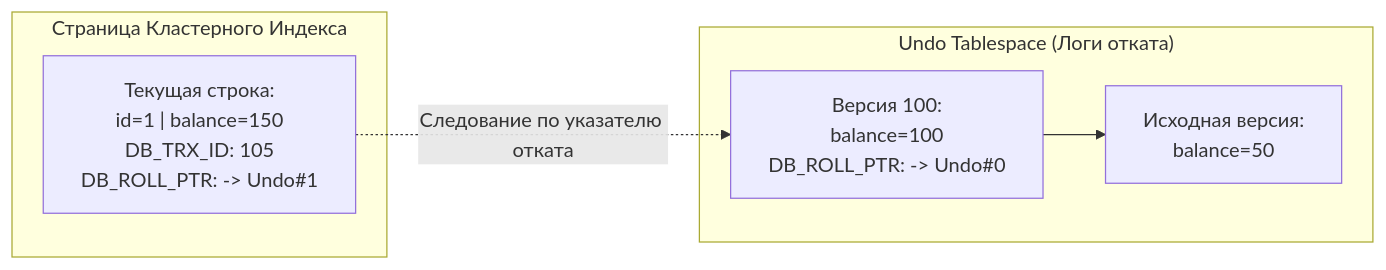
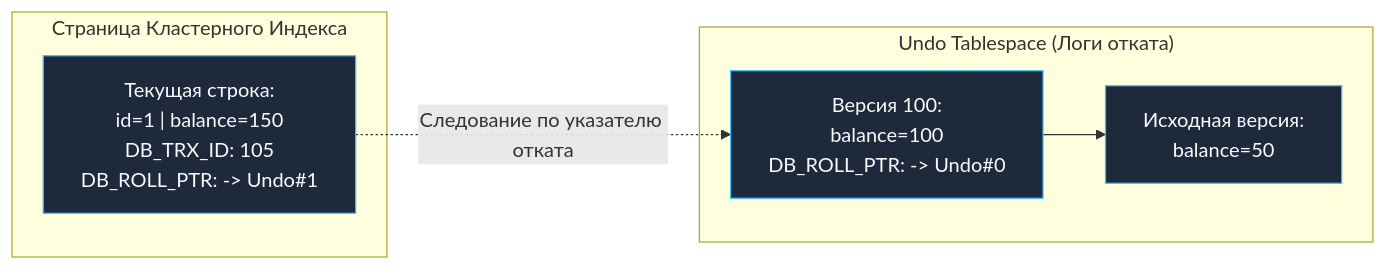
Before and after one commit to UnrealTemplier/go-textbook: the fifth of 5 diagrams in sources/12. Базы данных/07. MySQL и форки/2. InnoDB storage engine.md, drawn with Mermaid. The commit also changed other lines of this file and 1666 other files, not shown here.

First line of the commit message:
feat(mermaid): add semantic color classDef to 1369 colorless flowchart/graph diagrams

````diff
--- a/sources/12. Базы данных/07. MySQL и форки/2. InnoDB storage engine.md
+++ b/sources/12. Базы данных/07. MySQL и форки/2. InnoDB storage engine.md
@@ -172,14 +212,24 @@
 ```mermaid
 flowchart LR
+    classDef process  fill:#1e293b,stroke:#38bdf8,stroke-width:1px,color:#f8fafc
+    classDef success  fill:#064e3b,stroke:#34d399,stroke-width:1px,color:#f8fafc
+    classDef error    fill:#7f1d1d,stroke:#f87171,stroke-width:1px,color:#f8fafc
+    classDef warning  fill:#78350f,stroke:#fbbf24,stroke-width:1px,color:#f8fafc
+    classDef entry    fill:#1e3a5f,stroke:#38bdf8,stroke-width:2px,color:#f8fafc
+    classDef aux      fill:#334155,stroke:#64748b,stroke-width:1px,color:#f8fafc
+    classDef system   fill:#312e81,stroke:#a78bfa,stroke-width:1px,color:#f8fafc
+    classDef data     fill:#132d29,stroke:#2dd4bf,stroke-width:1px,color:#f8fafc
+    classDef network  fill:#881337,stroke:#fb7185,stroke-width:1px,color:#f8fafc
+    classDef accent   fill:#1e1b4b,stroke:#818cf8,stroke-width:1px,color:#f8fafc
     subgraph ClusteredPage ["Страница Кластерного Индекса"]
-        Row["Текущая строка: <br> id=1 | balance=150 <br> DB_TRX_ID: 105 <br> DB_ROLL_PTR: -> Undo#1"]
+        Row["Текущая строка: <br> id=1 | balance=150 <br> DB_TRX_ID: 105 <br> DB_ROLL_PTR: -> Undo#1"]:::process
     end
 
     subgraph UndoSpace ["Undo Tablespace (Логи отката)"]
-        Undo1["Версия 100: <br> balance=100 <br> DB_ROLL_PTR: -> Undo#0"]
-        Undo0["Исходная версия: <br> balance=50"]
+        Undo1["Версия 100: <br> balance=100 <br> DB_ROLL_PTR: -> Undo#0"]:::process
+        Undo0["Исходная версия: <br> balance=50"]:::process
         Undo1 --> Undo0
     end
 
     Row -.->|"Следование по указателю отката"| Undo1
 ```
````
